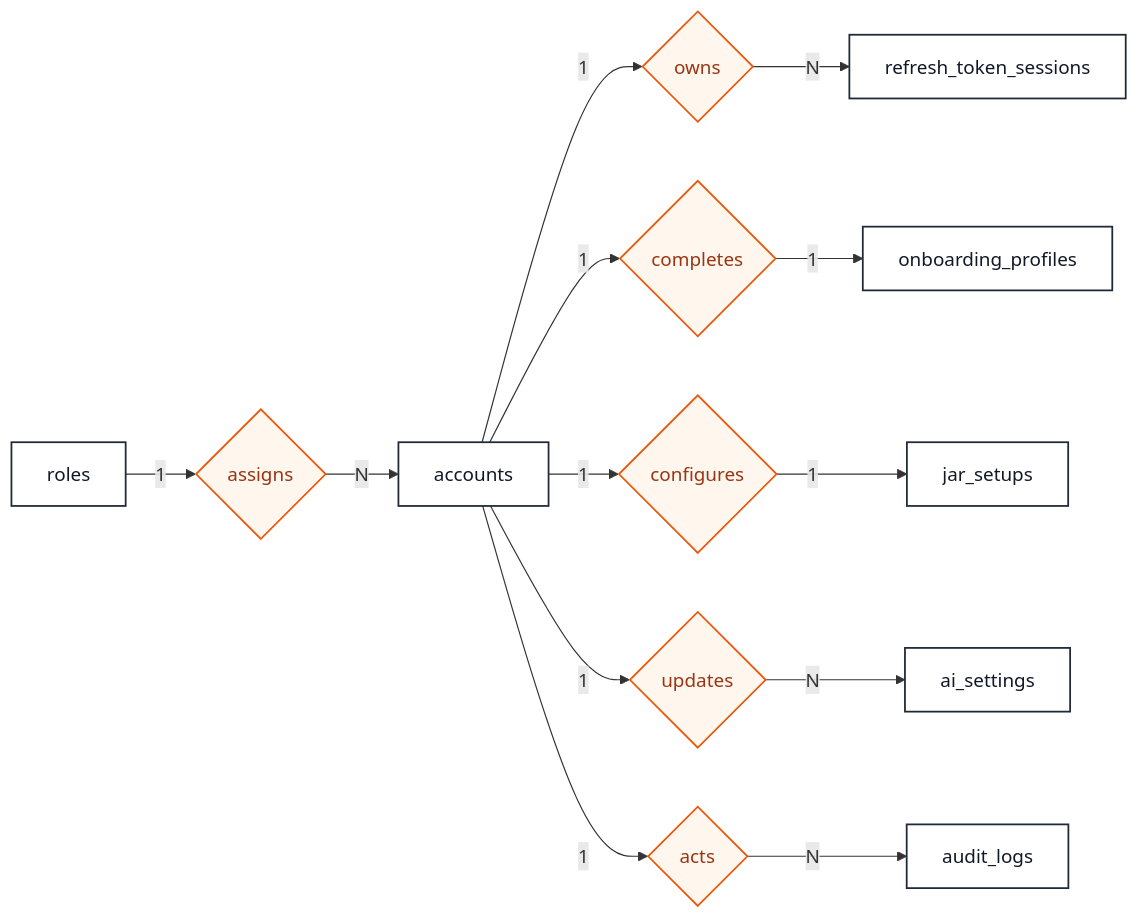
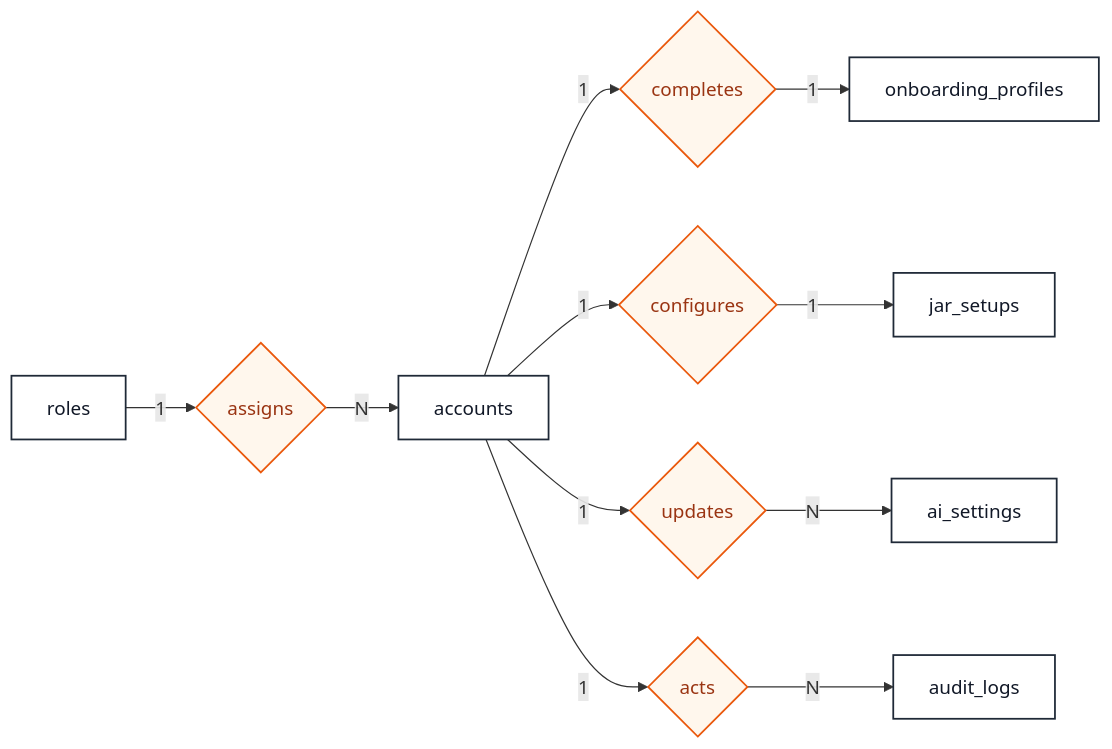
Before and after one commit to Hiamoutgame/Personal_Finance_App_Be: the second of 5 diagrams in docs/schema.md, drawn with Mermaid. The commit also changed other lines of this file and 7 other files, not shown here.

````diff
--- a/docs/schema.md
+++ b/docs/schema.md
@@ -1027,38 +1019,33 @@
 ```mermaid
 flowchart LR
     classDef entity fill:#ffffff,stroke:#1f2937,stroke-width:1.5px,color:#111827
     classDef relation fill:#fff7ed,stroke:#ea580c,stroke-width:1.5px,color:#9a3412
 
     roles[roles]:::entity
     accounts[accounts]:::entity
-    refresh_token_sessions[refresh_token_sessions]:::entity
     onboarding_profiles[onboarding_profiles]:::entity
     jar_setups[jar_setups]:::entity
     ai_settings[ai_settings]:::entity
     audit_logs[audit_logs]:::entity
 
     assigns{assigns}:::relation
-    owns_sessions{owns}:::relation
     completes{completes}:::relation
     configures{configures}:::relation
     updates{updates}:::relation
     acts{acts}:::relation
 
     roles -->|"1"| assigns
     assigns -->|"N"| accounts
-
-    accounts -->|"1"| owns_sessions
-    owns_sessions -->|"N"| refresh_token_sessions
 
     accounts -->|"1"| completes
     completes -->|"1"| onboarding_profiles
 
     accounts -->|"1"| configures
     configures -->|"1"| jar_setups
 
     accounts -->|"1"| updates
     updates -->|"N"| ai_settings
 
     accounts -->|"1"| acts
     acts -->|"N"| audit_logs
 ```
````
